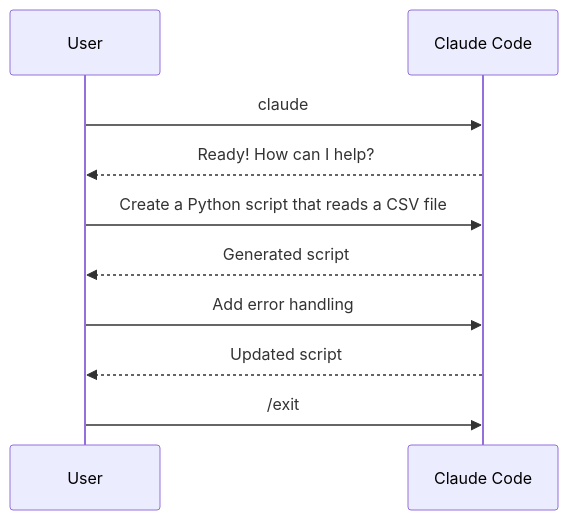
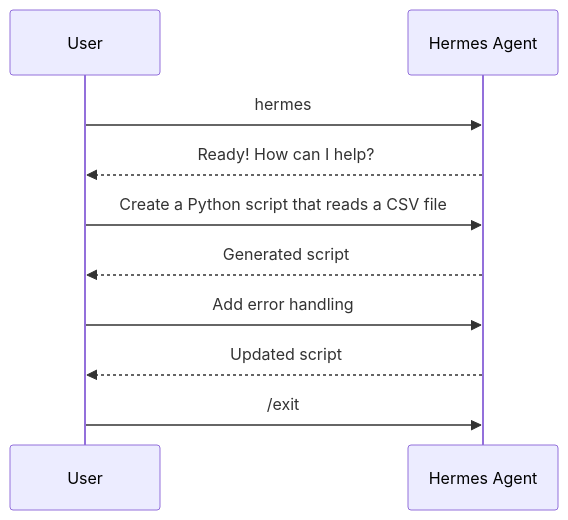
The second of 2 diagrams in 01-quickstart/first-conversation.md (1234567mm/hermes-howto), drawn with Mermaid before and after one commit. The commit also changed other lines of this file and 57 other files, not shown here.

First line of the commit message:
refactor: Complete Hermes Agent branding and self-testing infrastructure

````diff
--- a/01-quickstart/first-conversation.md
+++ b/01-quickstart/first-conversation.md
@@ -95,13 +95,13 @@
 ```mermaid
 sequenceDiagram
     participant U as User
-    participant C as Claude Code
+    participant H as Hermes Agent
 
-    U->>C: claude
-    C-->>U: Ready! How can I help?
-    U->>C: Create a Python script that reads a CSV file
-    C-->>U: Generated script
-    U->>C: Add error handling
-    C-->>U: Updated script
-    U->>C: /exit
+    U->>H: hermes
+    H-->>U: Ready! How can I help?
+    U->>H: Create a Python script that reads a CSV file
+    H-->>U: Generated script
+    U->>H: Add error handling
+    H-->>U: Updated script
+    U->>H: /exit
 ```
````
